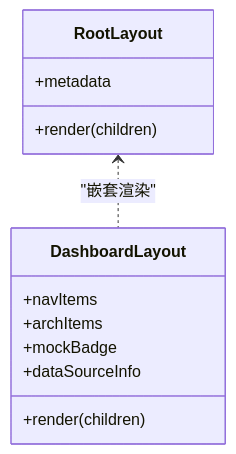
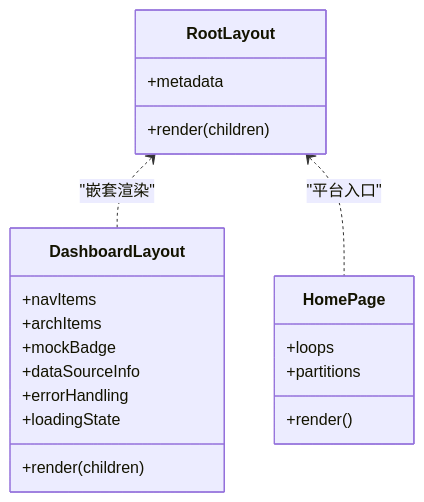
One commit to ai-guru-global/agent-up changed the third of 10 diagrams in .qoder/repowiki/zh/content/前端架构.md. Above: the diagram before and after it, drawn with Mermaid. The commit also changed other lines of this file and 13 other files, not shown here.

````diff
--- a/.qoder/repowiki/zh/content/前端架构.md
+++ b/.qoder/repowiki/zh/content/前端架构.md
@@ -294,15 +325,23 @@
 ```mermaid
 classDiagram
 class RootLayout {
 +metadata
 +render(children)
+}
+class HomePage {
++loops
++partitions
++render()
 }
 class DashboardLayout {
 +navItems
 +archItems
 +render(children)
 +mockBadge
 +dataSourceInfo
++errorHandling
++loadingState
 }
 RootLayout <.. DashboardLayout : "嵌套渲染"
+RootLayout <.. HomePage : "平台入口"
 ```
````
